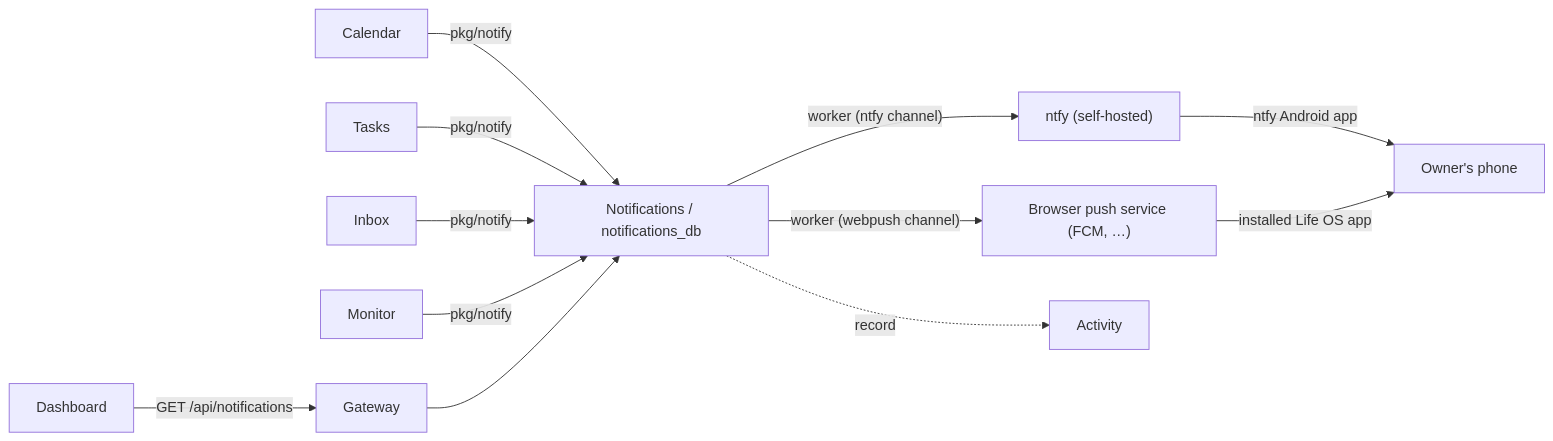
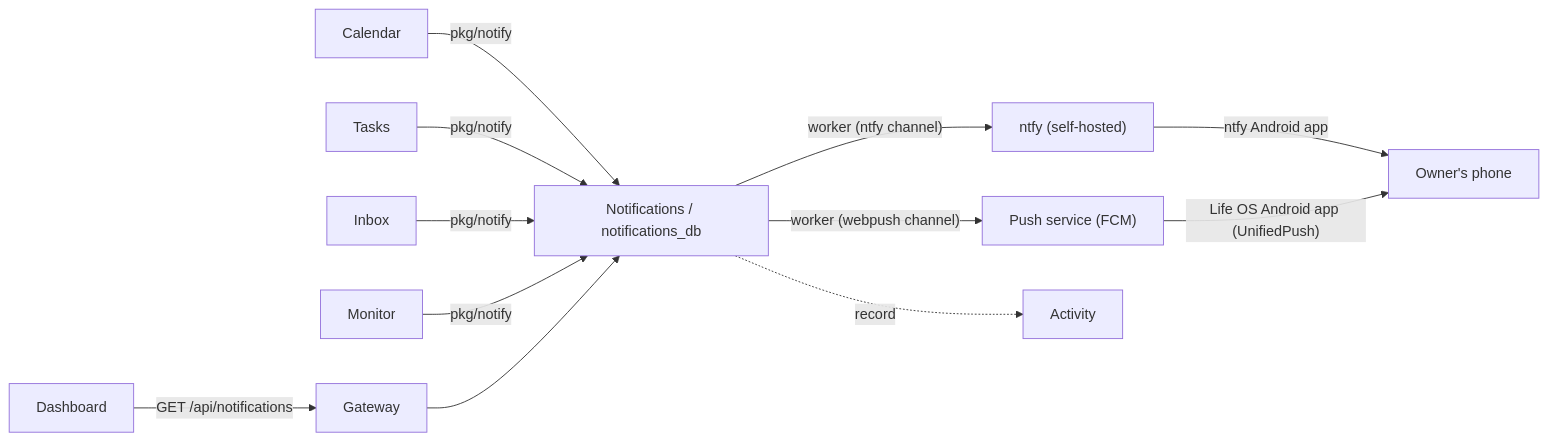
One commit to GAMch1k/life-os changed the first of 2 diagrams in docs/services/notifications.md. Above: the diagram before and after it, drawn with Mermaid. The commit also changed other lines of this file and 3 other files, not shown here.

````diff
--- a/docs/services/notifications.md
+++ b/docs/services/notifications.md
@@ -12,11 +12,11 @@
 ```mermaid
 flowchart LR
   Calendar -- "pkg/notify" --> N[Notifications / notifications_db]
   Tasks -- "pkg/notify" --> N
   Inbox -- "pkg/notify" --> N
   Monitor -- "pkg/notify" --> N
   Dashboard -- "GET /api/notifications" --> Gateway --> N
   N -- "worker (ntfy channel)" --> Ntfy["ntfy (self-hosted)"] -- "ntfy Android app" --> Phone["Owner's phone"]
-  N -- "worker (webpush channel)" --> Push["Browser push service (FCM, …)"] -- "installed Life OS app" --> Phone
+  N -- "worker (webpush channel)" --> Push["Push service (FCM)"] -- "Life OS Android app (UnifiedPush)" --> Phone
   N -. record .-> Activity
 ```
````
